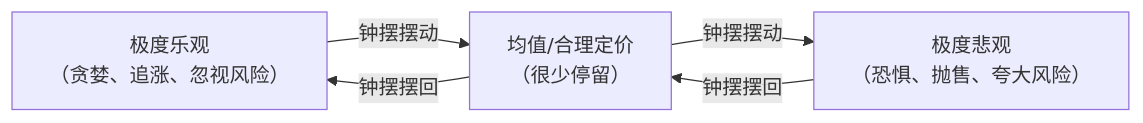
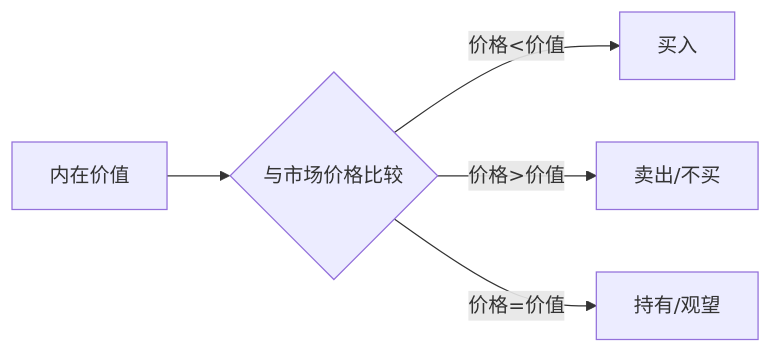
Before and after one commit to xdawayer/obsidian: the second of 5 diagrams in 知识库/读书笔记/《投资最重要的事》 - 霍华德·马克斯.md, drawn with Mermaid. The commit also changed other lines of this file and 48 other files, not shown here.

````diff
--- a/知识库/读书笔记/《投资最重要的事》 - 霍华德·马克斯.md
+++ b/知识库/读书笔记/《投资最重要的事》 - 霍华德·马克斯.md
@@ -228,7 +126,7 @@
 ```mermaid
 graph LR
-    A["极度乐观<br/>（贪婪、追涨、忽视风险）"] -->|钟摆摆动| B["均值/合理定价<br/>（很少停留）"]
-    B -->|钟摆摆动| C["极度悲观<br/>（恐惧、抛售、夸大风险）"]
-    C -->|钟摆摆回| B
-    B -->|钟摆摆回| A
+    A[内在价值] --> B{与市场价格比较}
+    B -->|价格<价值| C[买入]
+    B -->|价格>价值| D[卖出/不买]
+    B -->|价格=价值| E[持有/观望]
 ```
````
